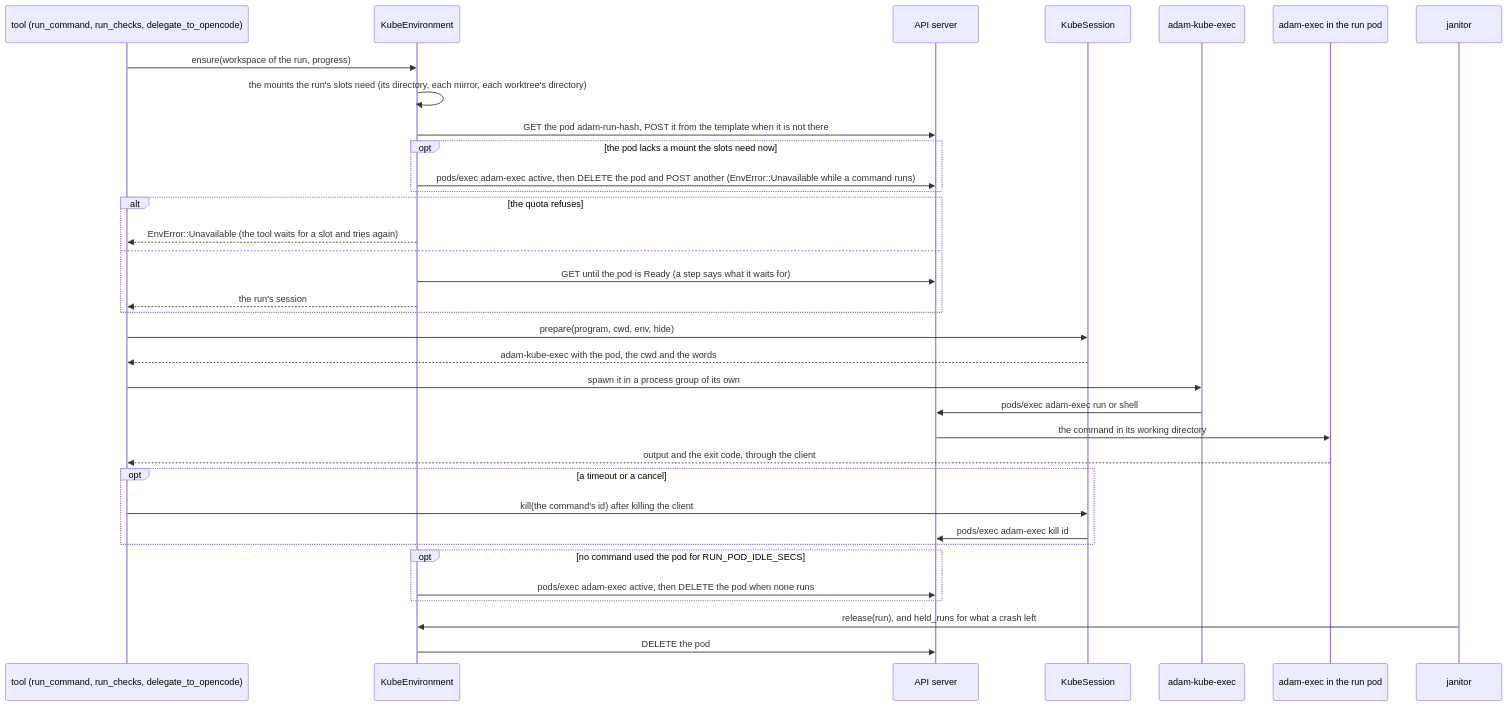
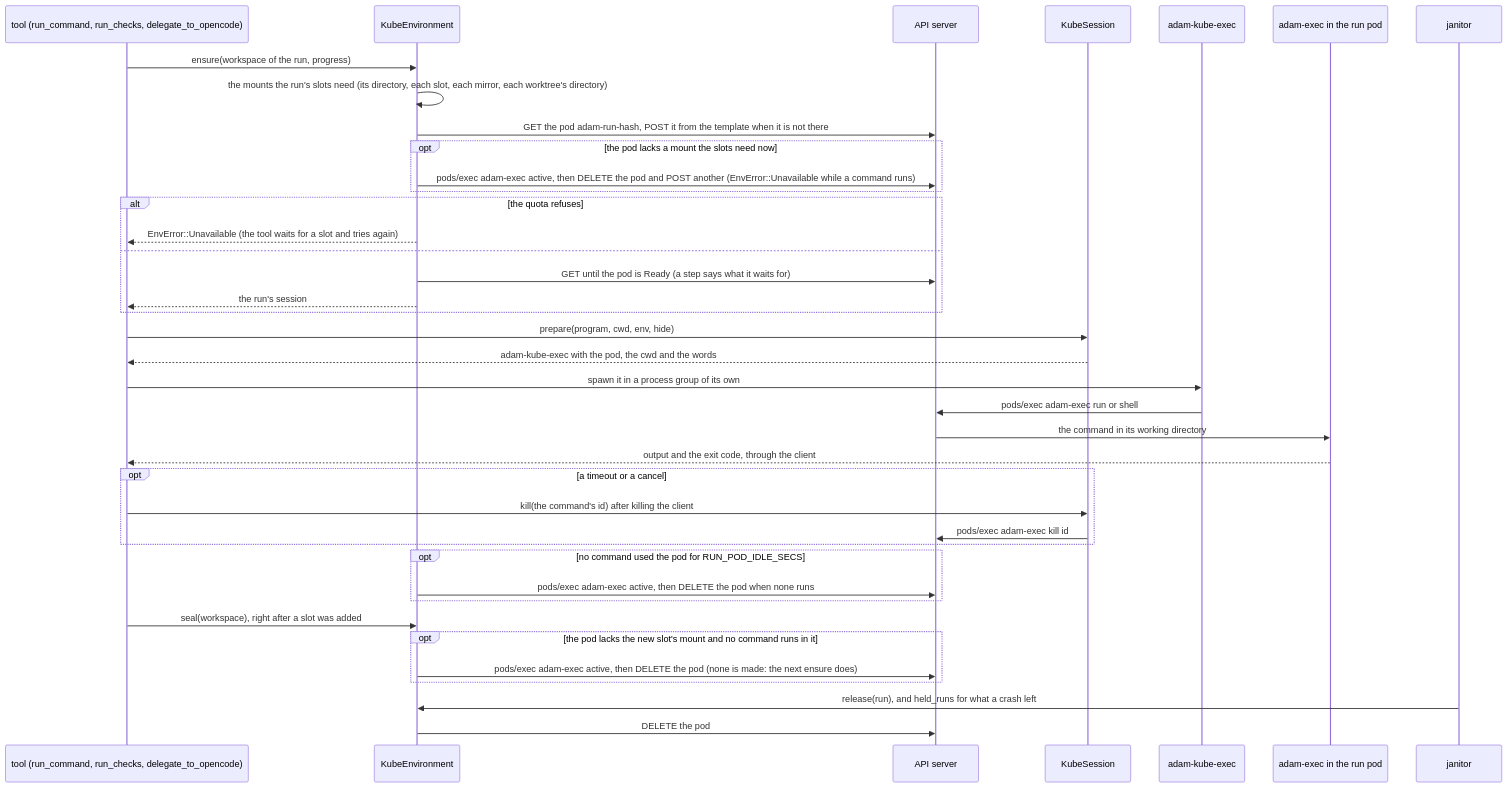
One commit to vymalo/another-adam-rs changed the sixth of 7 diagrams in docs/reference/workspace-and-environments.md. Above: the diagram before and after it, drawn with Mermaid. The commit also changed other lines of this file and 26 other files, not shown here.

First line of the commit message:
fix(env-kubernetes): every slot is its own mount in the run pod (#133)

````diff
--- a/docs/reference/workspace-and-environments.md
+++ b/docs/reference/workspace-and-environments.md
@@ -174,37 +174,41 @@
 ```mermaid
 sequenceDiagram
     participant T as tool (run_command, run_checks, delegate_to_opencode)
     participant E as KubeEnvironment
     participant A as API server
     participant S as KubeSession
     participant X as adam-kube-exec
     participant P as adam-exec in the run pod
     participant J as janitor
     T->>E: ensure(workspace of the run, progress)
-    E->>E: the mounts the run's slots need (its directory, each mirror, each worktree's directory)
+    E->>E: the mounts the run's slots need (its directory, each slot, each mirror, each worktree's directory)
     E->>A: GET the pod adam-run-hash, POST it from the template when it is not there
     opt the pod lacks a mount the slots need now
         E->>A: pods/exec adam-exec active, then DELETE the pod and POST another (EnvError::Unavailable while a command runs)
     end
     alt the quota refuses
         E-->>T: EnvError::Unavailable (the tool waits for a slot and tries again)
     else
         E->>A: GET until the pod is Ready (a step says what it waits for)
         E-->>T: the run's session
     end
     T->>S: prepare(program, cwd, env, hide)
     S-->>T: adam-kube-exec with the pod, the cwd and the words
     T->>X: spawn it in a process group of its own
     X->>A: pods/exec adam-exec run or shell
     A->>P: the command in its working directory
     P-->>T: output and the exit code, through the client
     opt a timeout or a cancel
         T->>S: kill(the command's id) after killing the client
         S->>A: pods/exec adam-exec kill id
     end
     opt no command used the pod for RUN_POD_IDLE_SECS
         E->>A: pods/exec adam-exec active, then DELETE the pod when none runs
     end
+    T->>E: seal(workspace), right after a slot was added
+    opt the pod lacks the new slot's mount and no command runs in it
+        E->>A: pods/exec adam-exec active, then DELETE the pod (none is made: the next ensure does)
+    end
     J->>E: release(run), and held_runs for what a crash left
     E->>A: DELETE the pod
 ```
````
